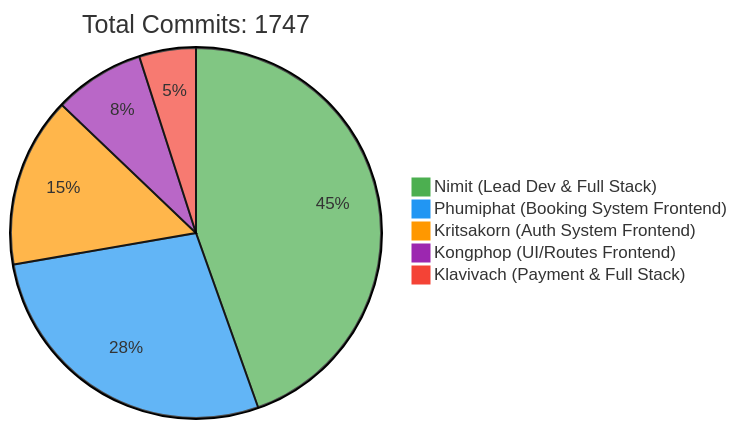
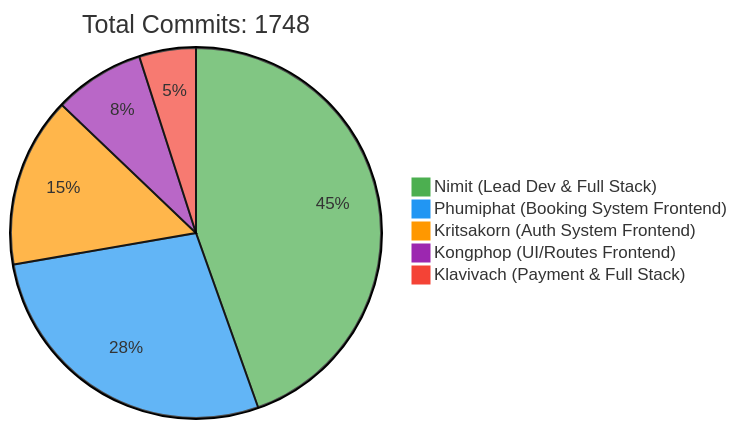
One commit to 6531503042/Sport-Complex changed the first of 2 diagrams in README.md. Above: the diagram before and after it, drawn with Mermaid. The commit also changed other lines of this file, not shown here.

Commit message:
docs: Update contributor statistics [skip ci]

````diff
--- a/README.md
+++ b/README.md
@@ -257,10 +257,10 @@
 ```mermaid
 %%{init: {'theme': 'base', 'themeVariables': { 'pie1': '#4CAF50', 'pie2': '#2196F3', 'pie3': '#FF9800', 'pie4': '#9C27B0', 'pie5': '#F44336'}}}%%
 pie
-    title Total Commits: 1747
+    title Total Commits: 1748
     "Nimit (Lead Dev & Full Stack)" : 450
     "Phumiphat (Booking System Frontend)" : 280
     "Kritsakorn (Auth System Frontend)" : 150
     "Kongphop (UI/Routes Frontend)" : 80
     "Klavivach (Payment & Full Stack)" : 50
 ```
````
